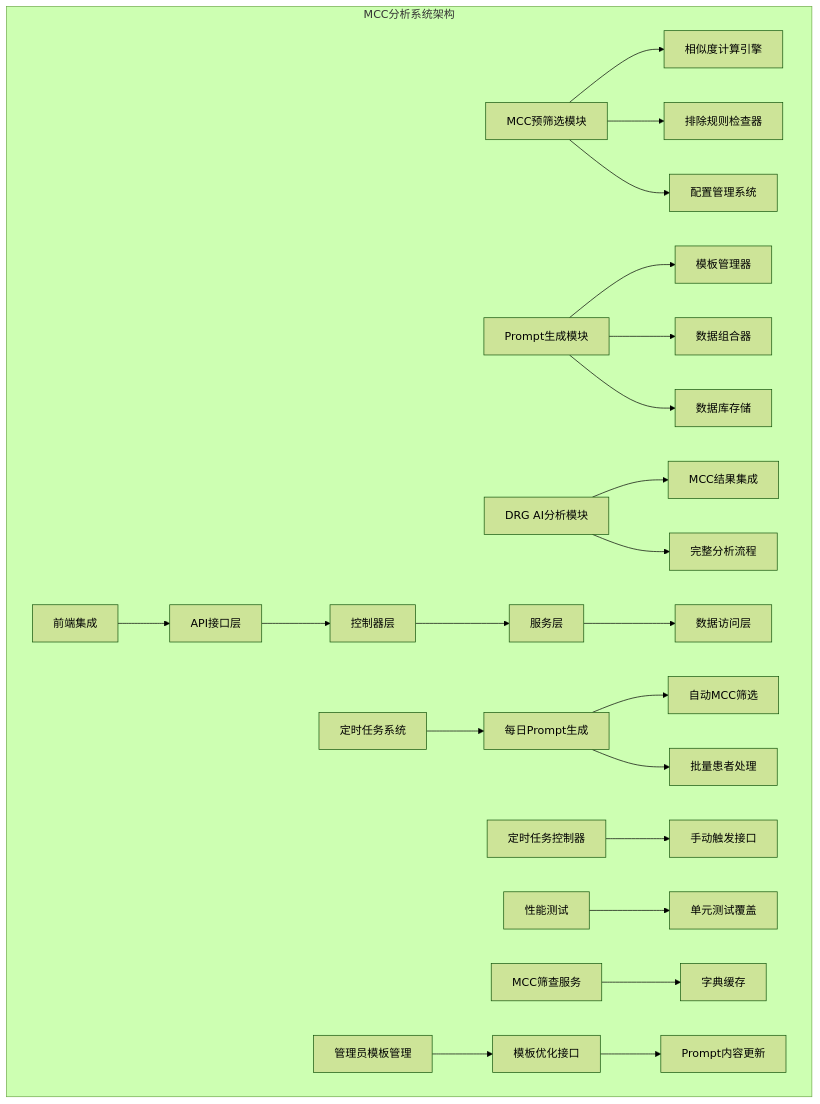
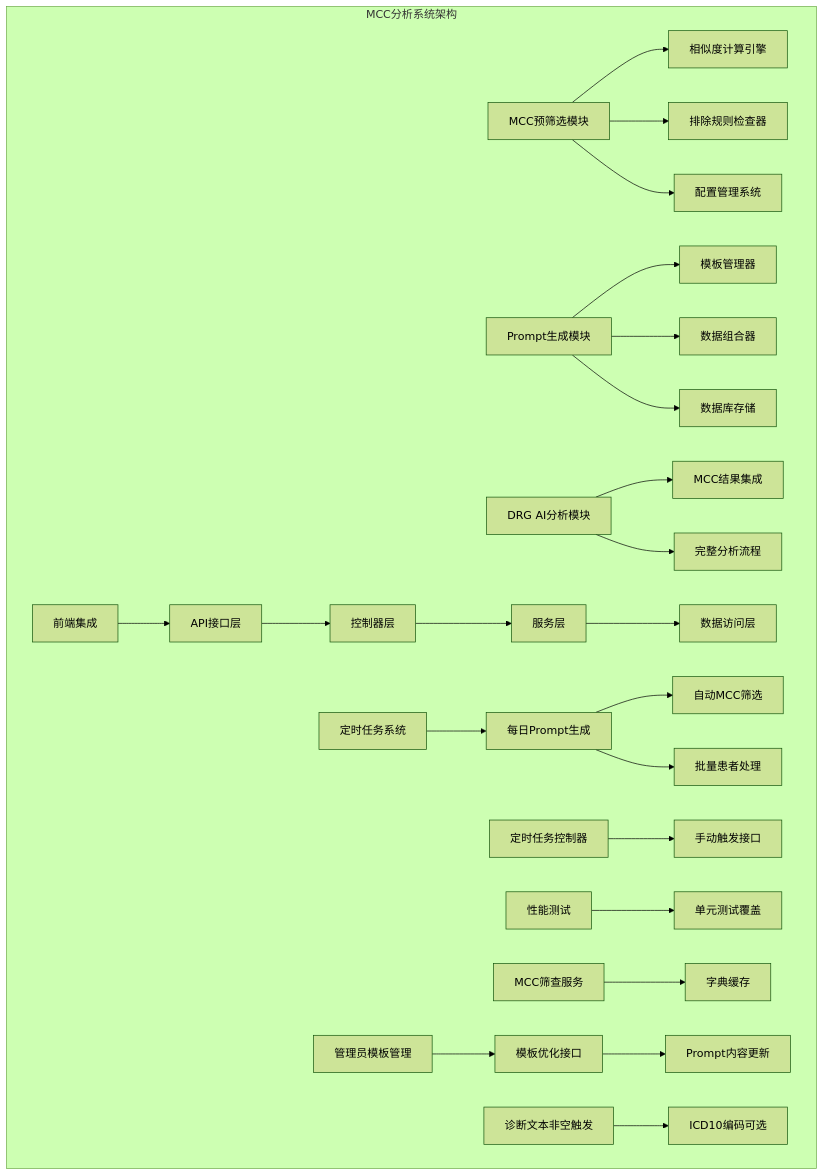
One commit to liuzh2008/med_ai_assistant_workspace changed the first of 10 diagrams in .qoder/repowiki/zh/content/核心功能模块/MCC分析系统.md. Above: the diagram before and after it, drawn with Mermaid (forest theme). The commit also changed other lines of this file and 7 other files, not shown here.

````diff
--- a/.qoder/repowiki/zh/content/核心功能模块/MCC分析系统.md
+++ b/.qoder/repowiki/zh/content/核心功能模块/MCC分析系统.md
@@ -53,25 +60,26 @@
 ```mermaid
 graph TB
 subgraph "MCC分析系统架构"
 A[MCC预筛选模块] --> B[相似度计算引擎]
 A --> C[排除规则检查器]
 A --> D[配置管理系统]
 E[Prompt生成模块] --> F[模板管理器]
 E --> G[数据组合器]
 E --> H[数据库存储]
 I[DRG AI分析模块] --> J[MCC结果集成]
 I --> K[完整分析流程]
 L[前端集成] --> M[API接口层]
 M --> N[控制器层]
 N --> O[服务层]
 O --> P[数据访问层]
 Q[定时任务系统] --> R[每日Prompt生成]
 R --> S[自动MCC筛选]
 R --> T[批量患者处理]
 U[定时任务控制器] --> V[手动触发接口]
 W[性能测试] --> X[单元测试覆盖]
 Y[MCC筛查服务] --> Z[字典缓存]
 AA[管理员模板管理] --> BB[模板优化接口]
 BB --> CC[Prompt内容更新]
+DD[诊断文本非空触发] --> EE[ICD10编码可选]
 end
 ```
````
